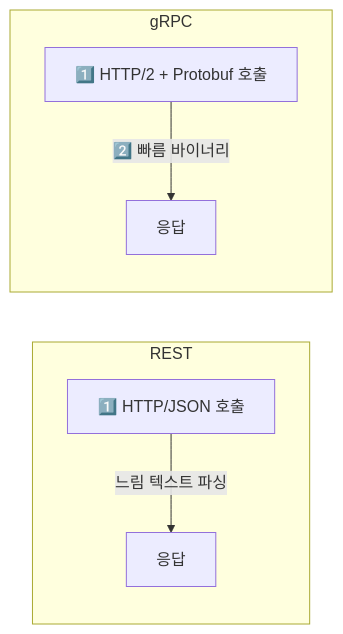
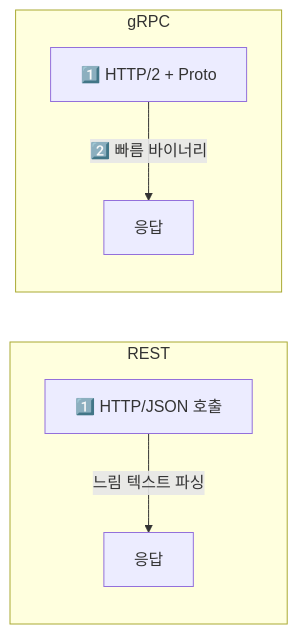
One commit to yjkim2015/yjkim2015.github.io changed the seventh of 15 diagrams in _posts/architecture/2026-05-02-msa-deep.md. Above: the diagram before and after it, drawn with Mermaid. The commit also changed other lines of this file and 271 other files, not shown here.

First line of the commit message:
Mermaid 라벨 축소: 긴 노드 텍스트 18자 이하로 트림 + \n 제거

````diff
--- a/_posts/architecture/2026-05-02-msa-deep.md
+++ b/_posts/architecture/2026-05-02-msa-deep.md
@@ -168,11 +168,11 @@
 ```mermaid
 graph LR
     subgraph "REST"
         R_Call["1️⃣ HTTP/JSON 호출"]
         R_Call -->|"느림 텍스트 파싱"| R_Response["응답"]
     end
     subgraph "gRPC"
-        G_Call["1️⃣ HTTP/2 + Protobuf 호출"]
+        G_Call["1️⃣ HTTP/2 + Proto"]
         G_Call -->|"2️⃣ 빠름 바이너리"| G_Response["응답"]
     end
 ```
````
